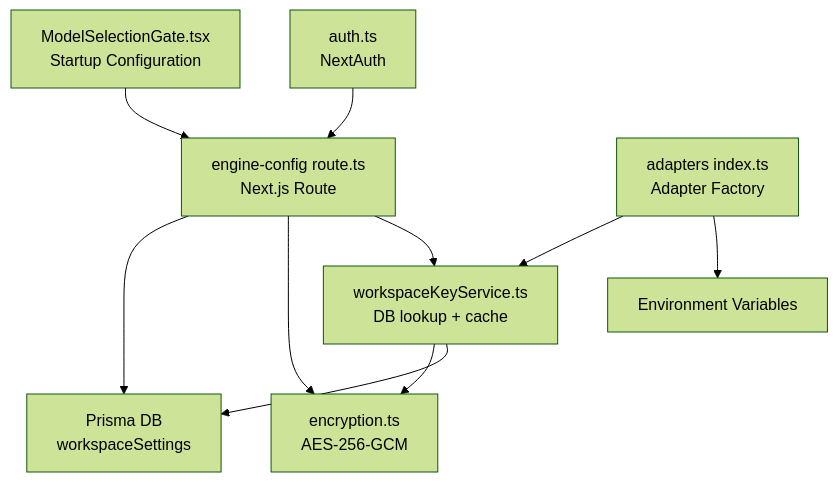
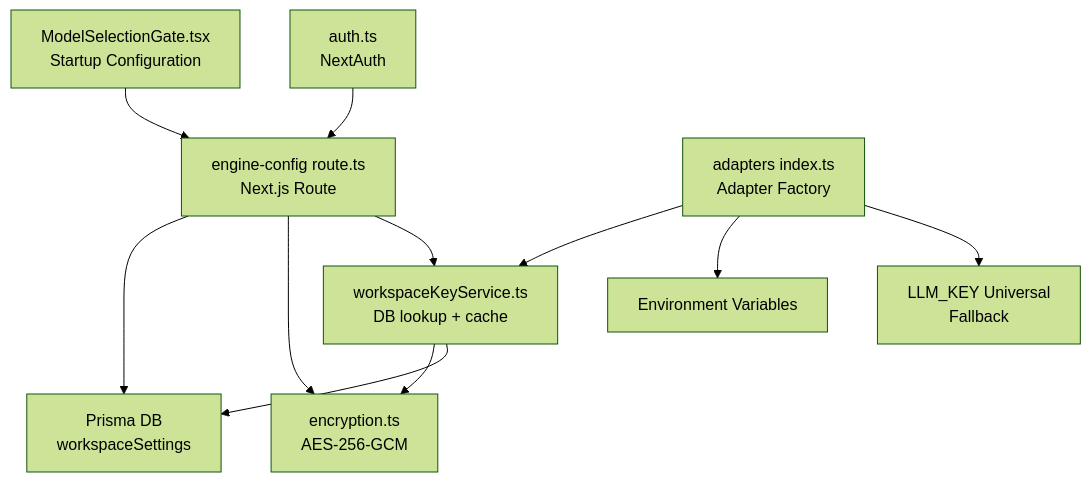
One commit to shekhargiri005-dotcom/AI-powered-accessibility-first-UI-engine changed the first of 9 diagrams in .qoder/repowiki/en/content/AI Generation Engine/AI Provider Adapters/Configuration & Authentication Management.md. Above: the diagram before and after it, drawn with Mermaid (forest theme). The commit also changed other lines of this file and 8 other files, not shown here.

````diff
--- a/.qoder/repowiki/en/content/AI Generation Engine/AI Provider Adapters/Configuration & Authentication Management.md
+++ b/.qoder/repowiki/en/content/AI Generation Engine/AI Provider Adapters/Configuration & Authentication Management.md
@@ -46,12 +48,13 @@
 ```mermaid
 graph TB
 UI["ModelSelectionGate.tsx<br/>Startup Configuration"] --> API["engine-config route.ts<br/>Next.js Route"]
 API --> DB["Prisma DB<br/>workspaceSettings"]
 API --> ENC["encryption.ts<br/>AES-256-GCM"]
 API --> WKS["workspaceKeyService.ts<br/>DB lookup + cache"]
 WKS --> ENC
 WKS --> DB
 ADP["adapters index.ts<br/>Adapter Factory"] --> WKS
 ADP --> ENV["Environment Variables"]
+ADP --> LLM["LLM_KEY Universal<br/>Fallback"]
 AUTH["auth.ts<br/>NextAuth"] --> API
 ```
````
